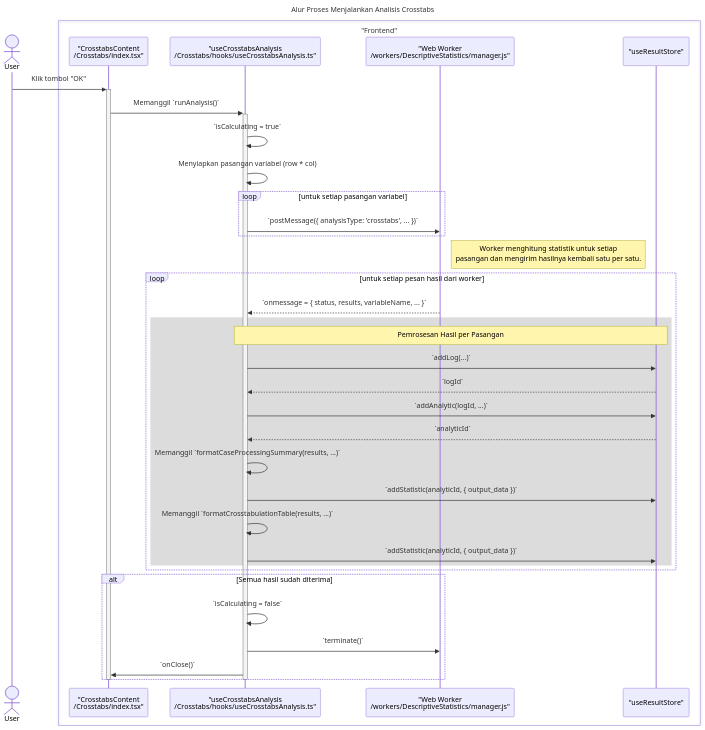
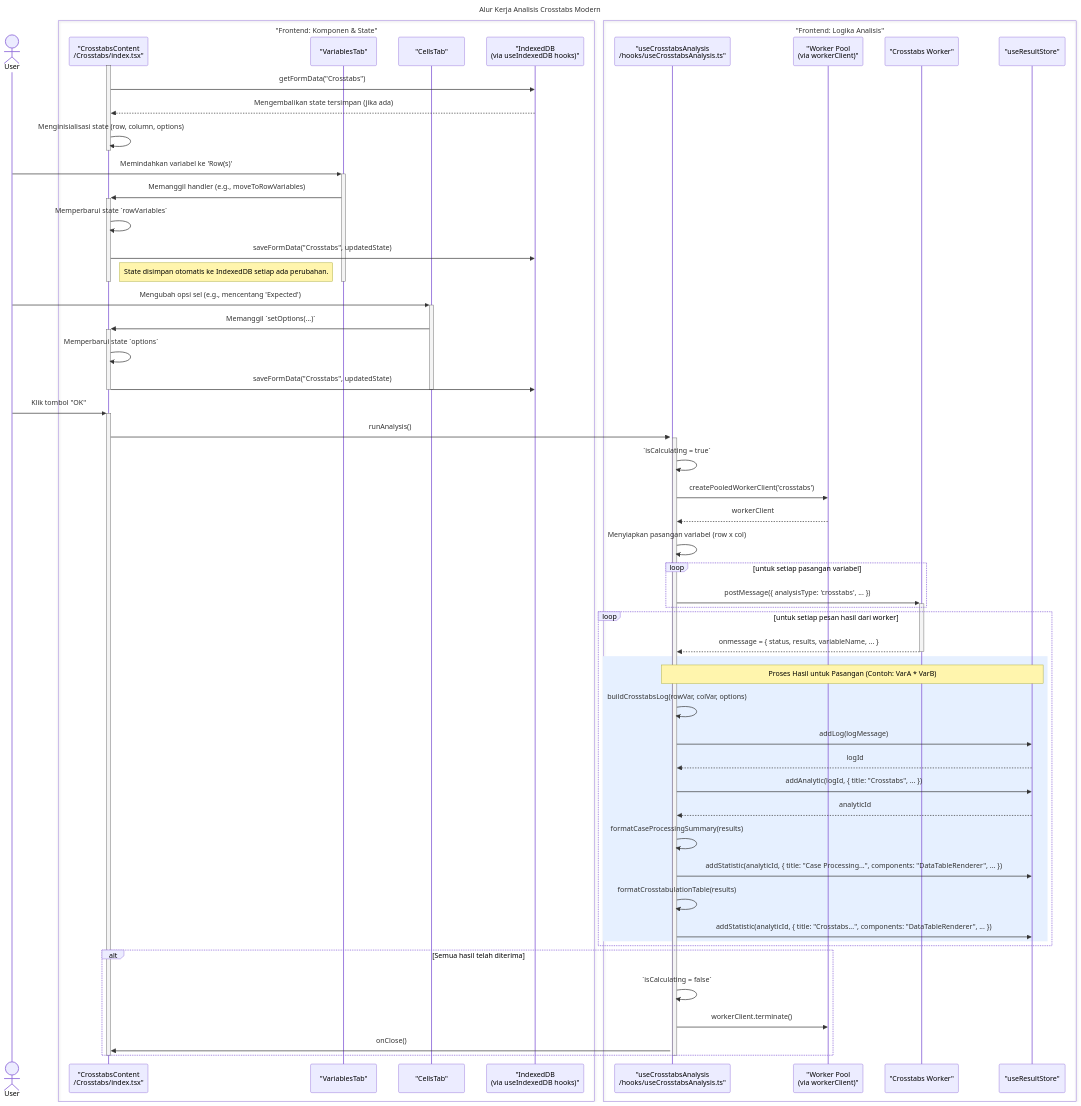
Before and after one commit to wilskk/statify: the diagram in frontend/docs/FDD/4-Design by Feature/6-Analisis-Statistik/2. Dialog-Analisis-Crosstabs.md, drawn with Mermaid. The commit also changed other lines of this file and 32 other files, not shown here.

````diff
--- a/frontend/docs/FDD/4-Design by Feature/6-Analisis-Statistik/2. Dialog-Analisis-Crosstabs.md
+++ b/frontend/docs/FDD/4-Design by Feature/6-Analisis-Statistik/2. Dialog-Analisis-Crosstabs.md
@@ -59,50 +15,87 @@
 ```mermaid
 sequenceDiagram
-    title: Alur Proses Menjalankan Analisis Crosstabs
+    title: Alur Kerja Analisis Crosstabs Modern
     actor User
 
-    box "Frontend"
+    box "Frontend: Komponen & State"
         participant View as "CrosstabsContent<br>/Crosstabs/index.tsx"
-        participant Hook as "useCrosstabsAnalysis<br>/Crosstabs/hooks/useCrosstabsAnalysis.ts"
-        participant Worker as "Web Worker<br>/workers/DescriptiveStatistics/manager.js"
+        participant VarTab as "VariablesTab"
+        participant CellTab as "CellsTab"
+        participant IndexedDB as "IndexedDB<br>(via useIndexedDB hooks)"
+    end
+    
+    box "Frontend: Logika Analisis"
+        participant Hook as "useCrosstabsAnalysis<br>/hooks/useCrosstabsAnalysis.ts"
+        participant WorkerPool as "Worker Pool<br>(via workerClient)"
+        participant Worker as "Crosstabs Worker"
         participant Store as "useResultStore"
     end
 
+    %% Inisialisasi & Memuat State Sebelumnya
+    activate View
+    View->>IndexedDB: getFormData("Crosstabs")
+    IndexedDB-->>View: Mengembalikan state tersimpan (jika ada)
+    View->>View: Menginisialisasi state (row, column, options)
+    deactivate View
+
+    %% Interaksi Pengguna & Penyimpanan State Otomatis
+    User->>+VarTab: Memindahkan variabel ke 'Row(s)'
+    VarTab->>+View: Memanggil handler (e.g., moveToRowVariables)
+    View->>View: Memperbarui state `rowVariables`
+    View->>IndexedDB: saveFormData("Crosstabs", updatedState)
+    Note right of View: State disimpan otomatis ke IndexedDB setiap ada perubahan.
+    deactivate View
+    deactivate VarTab
+
+    User->>+CellTab: Mengubah opsi sel (e.g., mencentang 'Expected')
+    CellTab->>+View: Memanggil `setOptions(...)`
+    View->>View: Memperbarui state `options`
+    View->>IndexedDB: saveFormData("Crosstabs", updatedState)
+    deactivate View
+    deactivate CellTab
+
+    %% Menjalankan Analisis
     User->>+View: Klik tombol "OK"
-    View->>+Hook: Memanggil `runAnalysis()`
+    View->>+Hook: runAnalysis()
 
+    activate Hook
     Hook->>Hook: `isCalculating = true`
-    Hook->>Hook: Menyiapkan pasangan variabel (row * col)
-
+    Hook->>WorkerPool: createPooledWorkerClient('crosstabs')
+    WorkerPool-->>Hook: workerClient
+    Hook->>Hook: Menyiapkan pasangan variabel (row x col)
+    
     loop untuk setiap pasangan variabel
-        Hook->>Worker: `postMessage({ analysisType: 'crosstabs', ... })`
+        Hook->>+Worker: postMessage({ analysisType: 'crosstabs', ... })
     end
 
-    Note right of Worker: Worker menghitung statistik untuk setiap<br/>pasangan dan mengirim hasilnya kembali satu per satu.
-
+    %% Pemrosesan Hasil dari Worker
     loop untuk setiap pesan hasil dari worker
-        Worker-->>Hook: `onmessage = { status, results, variableName, ... }`
+        Worker-->>-Hook: onmessage = { status, results, variableName, ... }
         
-        rect rgb(220, 220, 220)
-        note over Hook, Store: Pemrosesan Hasil per Pasangan
-        Hook->>Store: `addLog(...)`
-        Store-->>Hook: `logId`
-        Hook->>Store: `addAnalytic(logId, ...)`
-        Store-->>Hook: `analyticId`
-        
-        Hook->>Hook: Memanggil `formatCaseProcessingSummary(results, ...)`
-        Hook->>Store: `addStatistic(analyticId, { output_data })`
-        
-        Hook->>Hook: Memanggil `formatCrosstabulationTable(results, ...)`
-        Hook->>Store: `addStatistic(analyticId, { output_data })`
+        rect rgb(230, 240, 255)
+            note over Hook, Store: Proses Hasil untuk Pasangan (Contoh: VarA * VarB)
+            Hook->>Hook: buildCrosstabsLog(rowVar, colVar, options)
+            Hook->>Store: addLog(logMessage)
+            Store-->>Hook: logId
+            
+            Hook->>Store: addAnalytic(logId, { title: "Crosstabs", ... })
+            Store-->>Hook: analyticId
+            
+            Hook->>Hook: formatCaseProcessingSummary(results)
+            Hook->>Store: addStatistic(analyticId, { title: "Case Processing...", components: "DataTableRenderer", ... })
+            
+            Hook->>Hook: formatCrosstabulationTable(results)
+            Hook->>Store: addStatistic(analyticId, { title: "Crosstabs...", components: "DataTableRenderer", ... })
         end
     end
 
-    alt Semua hasil sudah diterima
+    alt Semua hasil telah diterima
         Hook->>Hook: `isCalculating = false`
-        Hook->>Worker: `terminate()`
-        Hook->>View: `onClose()`
+        Hook->>WorkerPool: workerClient.terminate()
+        Hook->>View: onClose()
     end
+    
     deactivate Hook
     deactivate View
+
 ```
````
